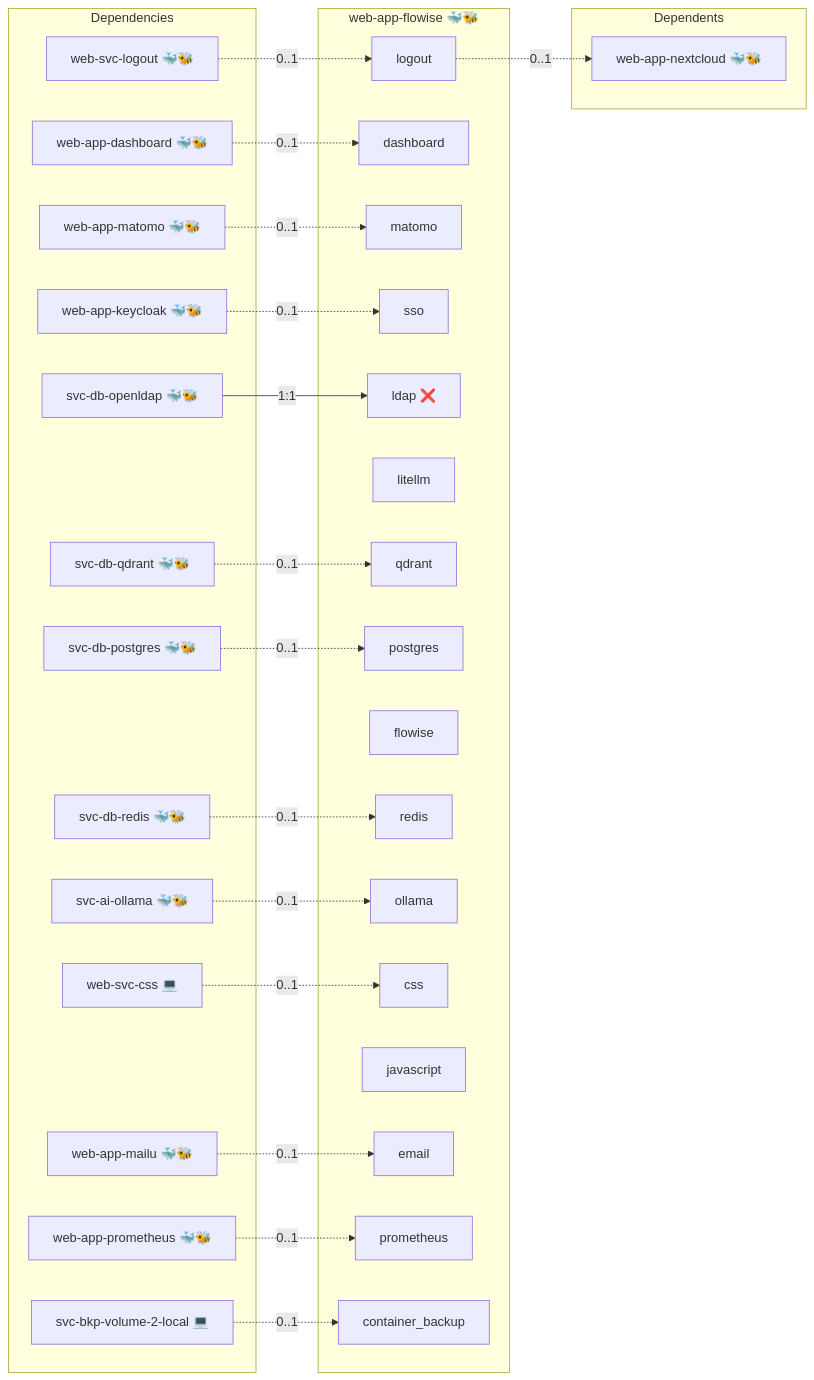
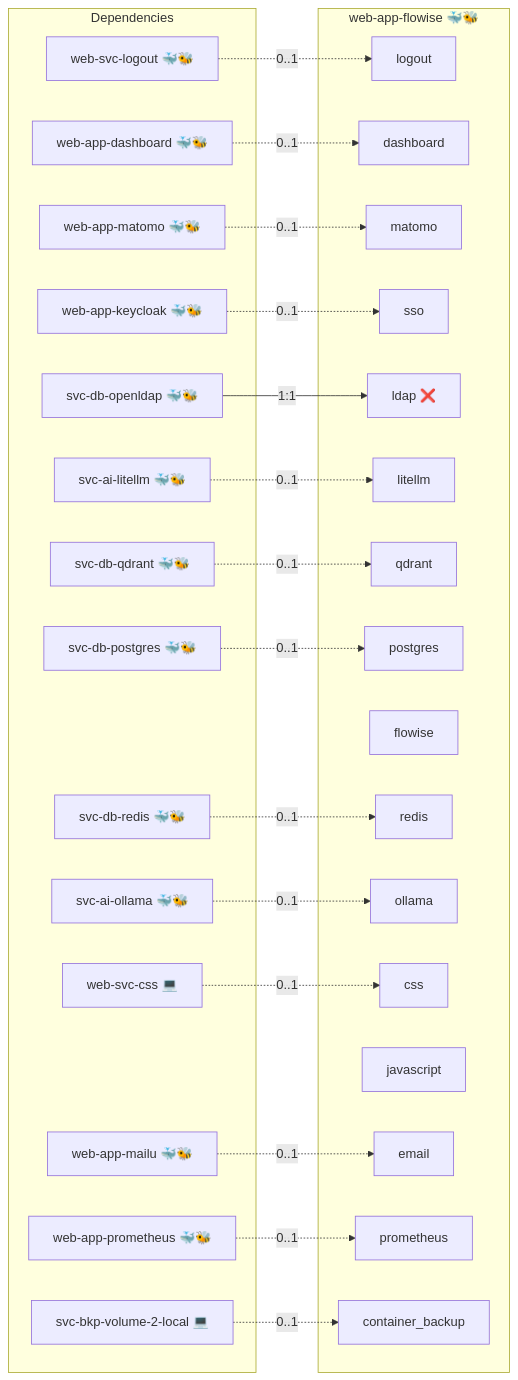
Before and after one commit to infinito-nexus/core: the diagram in roles/web-app-flowise/README.md, drawn with Mermaid. The commit also changed other lines of this file and 9 other files, not shown here.

First line of the commit message:
refactor(web-app-flowise): consume the shared gateway instead of a private sidecar

````diff
--- a/roles/web-app-flowise/README.md
+++ b/roles/web-app-flowise/README.md
@@ -15,53 +15,51 @@
 ```mermaid
 flowchart LR
     subgraph deps [Dependencies]
+        dep_svc_ai_litellm["svc-ai-litellm 🐳🐝"]
         dep_svc_ai_ollama["svc-ai-ollama 🐳🐝"]
         dep_svc_bkp_volume_2_local["svc-bkp-volume-2-local 💻"]
         dep_svc_db_openldap["svc-db-openldap 🐳🐝"]
         dep_svc_db_postgres["svc-db-postgres 🐳🐝"]
         dep_svc_db_qdrant["svc-db-qdrant 🐳🐝"]
         dep_svc_db_redis["svc-db-redis 🐳🐝"]
         dep_web_app_dashboard["web-app-dashboard 🐳🐝"]
         dep_web_app_keycloak["web-app-keycloak 🐳🐝"]
         dep_web_app_mailu["web-app-mailu 🐳🐝"]
         dep_web_app_matomo["web-app-matomo 🐳🐝"]
         dep_web_app_prometheus["web-app-prometheus 🐳🐝"]
         dep_web_svc_css["web-svc-css 💻"]
         dep_web_svc_logout["web-svc-logout 🐳🐝"]
     end
     subgraph role [web-app-flowise 🐳🐝]
         svc_logout["logout"]
         svc_dashboard["dashboard"]
         svc_matomo["matomo"]
         svc_sso["sso"]
         svc_ldap["ldap ❌"]
         svc_litellm["litellm"]
         svc_qdrant["qdrant"]
         svc_postgres["postgres"]
         svc_flowise["flowise"]
         svc_redis["redis"]
         svc_ollama["ollama"]
         svc_css["css"]
         svc_javascript["javascript"]
         svc_email["email"]
         svc_prometheus["prometheus"]
         svc_container_backup["container_backup"]
     end
-    subgraph dependents [Dependents]
-        dpt_web_app_nextcloud["web-app-nextcloud 🐳🐝"]
-    end
+    dep_svc_ai_litellm -. "0..1" .-> svc_litellm
     dep_svc_ai_ollama -. "0..1" .-> svc_ollama
     dep_svc_bkp_volume_2_local -. "0..1" .-> svc_container_backup
     dep_svc_db_openldap -- "1:1" --> svc_ldap
     dep_svc_db_postgres -. "0..1" .-> svc_postgres
     dep_svc_db_qdrant -. "0..1" .-> svc_qdrant
     dep_svc_db_redis -. "0..1" .-> svc_redis
     dep_web_app_dashboard -. "0..1" .-> svc_dashboard
     dep_web_app_keycloak -. "0..1" .-> svc_sso
     dep_web_app_mailu -. "0..1" .-> svc_email
     dep_web_app_matomo -. "0..1" .-> svc_matomo
     dep_web_app_prometheus -. "0..1" .-> svc_prometheus
     dep_web_svc_css -. "0..1" .-> svc_css
     dep_web_svc_logout -. "0..1" .-> svc_logout
-    svc_logout -. "0..1" .-> dpt_web_app_nextcloud
 ```
````
